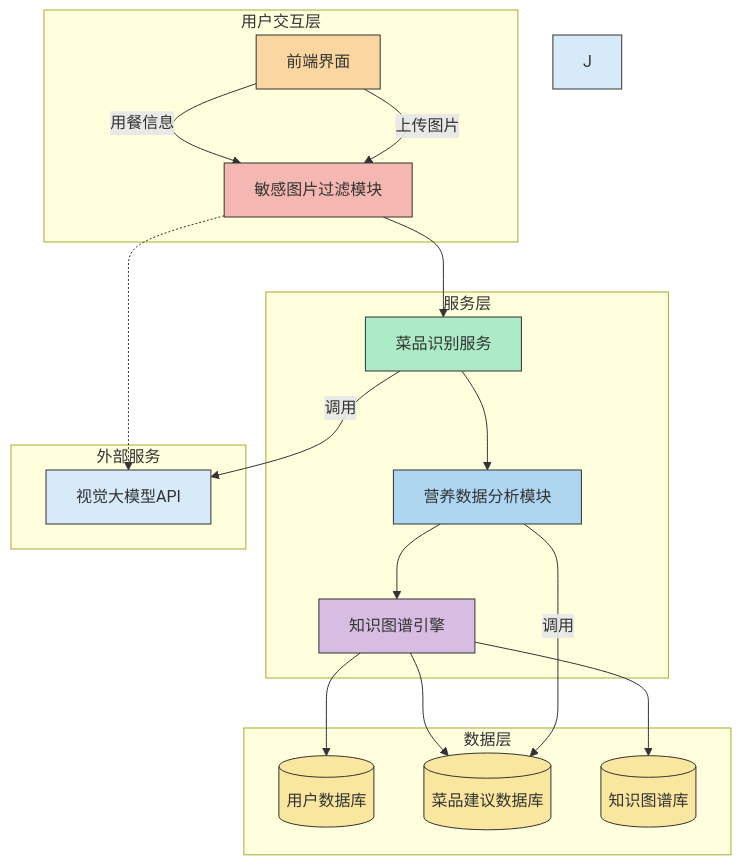
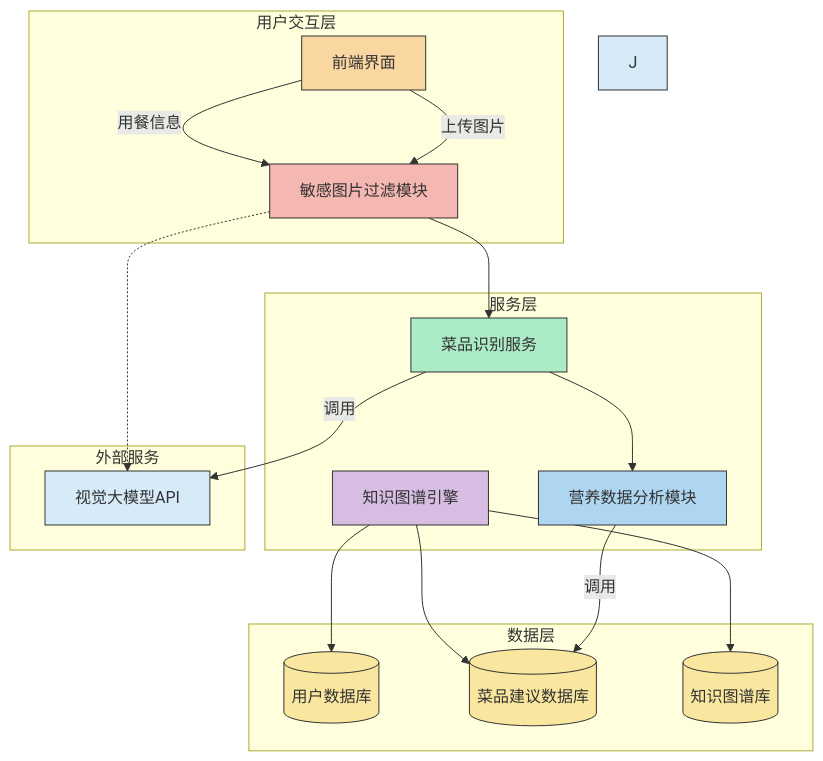
The diagram in all/未命名-1.md (funnyData/iodraw-files), drawn with Mermaid before and after one commit.

Commit message:
2025-03-19 16:52:00 update

````diff
--- a/all/未命名-1.md
+++ b/all/未命名-1.md
@@ -1,38 +1,38 @@
 ```mermaid
 %% 系统架构图（基于网页1/3/4/6的流程图语法优化）
 flowchart TD
     subgraph 用户交互层
         A[前端界面] -->|用餐信息| B[敏感图片过滤模块]
         style A fill:#FAD7A0,stroke:#333
         style B fill:#F5B7B1,stroke:#333
     end
 
     subgraph 服务层
         B --> C[菜品识别服务]
         C --> D[营养数据分析模块]
-        D --> E[知识图谱引擎]
+         E[知识图谱引擎]
         style C fill:#ABEBC6,stroke:#333
         style D fill:#AED6F1,stroke:#333
         style E fill:#D7BDE2,stroke:#333
     end
 
     subgraph 数据层
         E --> F[(用户数据库)]
         E --> G[(菜品建议数据库)]
         E --> H[(知识图谱库)]
         style F fill:#F9E79F,stroke:#333,shape:cylinder
         style G fill:#F9E79F,stroke:#333,shape:cylinder
         style H fill:#F9E79F,stroke:#333,shape:cylinder
     end
 
     subgraph 外部服务
         B -.-> I[视觉大模型API]
         style I fill:#D6EAF8,stroke:#333
         style J fill:#D6EAF8,stroke:#333
     end
 
 
     A -->|上传图片| B
     C -->|调用| I
     D -->|调用| G
 ```
````
